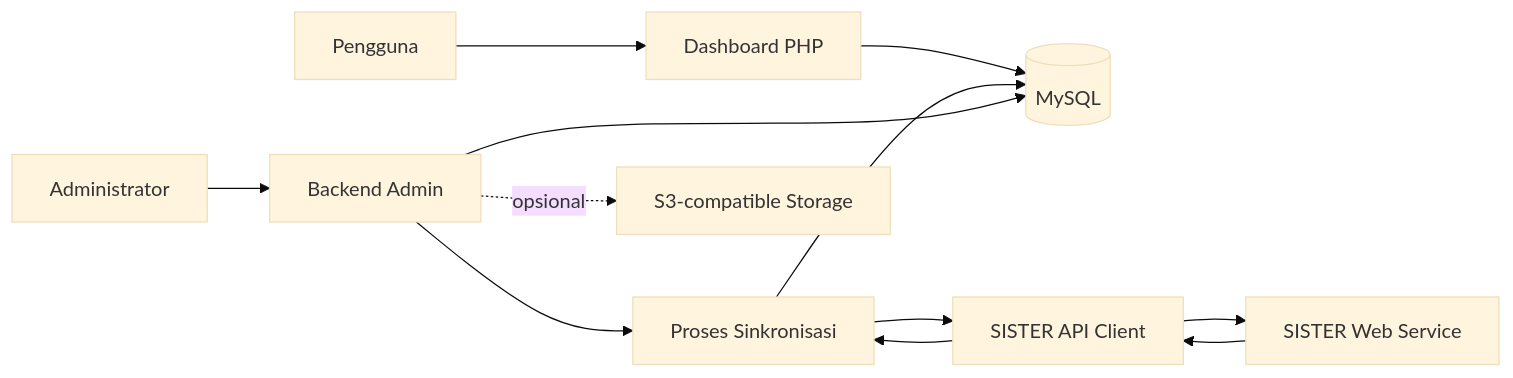
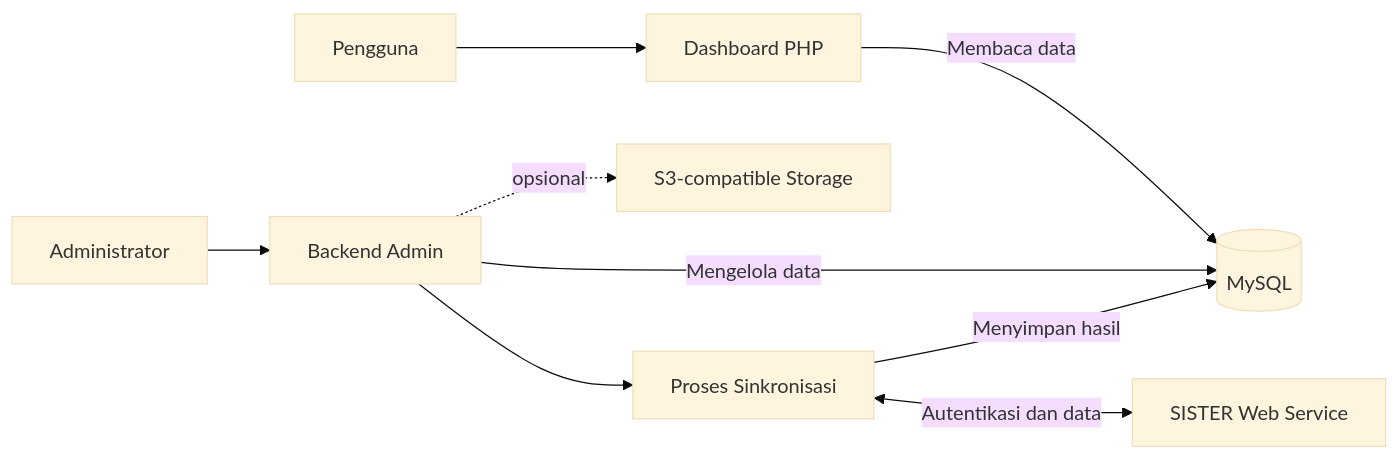
Before and after one commit to Forum-TIPD-PTKIN/sister-dosen-dashboard: the diagram in README.md, drawn with Mermaid (base theme).

Commit message:
edit alur kerja

````diff
--- a/README.md
+++ b/README.md
@@ -70,14 +70,11 @@
 ```mermaid
 flowchart LR
     User["Pengguna"] --> Dashboard["Dashboard PHP"]
-    Dashboard --> Database[("MySQL")]
+    Dashboard -->|"Membaca data"| Database[("MySQL")]
     Admin["Administrator"] --> Backend["Backend Admin"]
     Backend --> Sync["Proses Sinkronisasi"]
-    Sync --> SisterClient["SISTER API Client"]
-    SisterClient --> SisterWS["SISTER Web Service"]
-    SisterWS --> SisterClient
-    SisterClient --> Sync
-    Sync --> Database
-    Backend --> Database
+    Sync <-->|"Autentikasi dan data"| SisterWS["SISTER Web Service"]
+    Sync -->|"Menyimpan hasil"| Database
+    Backend -->|"Mengelola data"| Database
     Backend -. opsional .-> Storage["S3-compatible Storage"]
 ```
````
